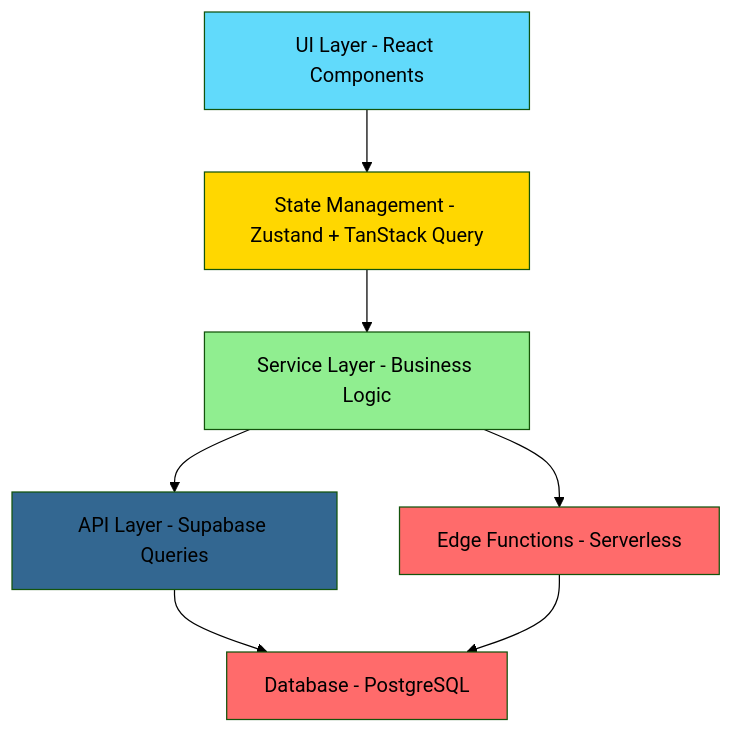
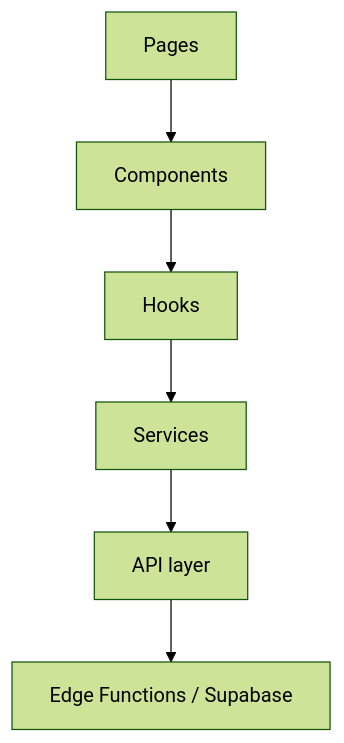
The second of 4 diagrams in ARCHITECTURE_HUB.md (HOW2AI-AGENCY/aimusicverse), drawn with Mermaid (forest theme) before and after one commit. The commit also changed other lines of this file and 8 other files, not shown here.

````diff
--- a/ARCHITECTURE_HUB.md
+++ b/ARCHITECTURE_HUB.md
@@ -157,23 +67,8 @@
 ```mermaid
-graph TB
-    UI[UI Layer - React Components]
-    State[State Management - Zustand + TanStack Query]
-    Services[Service Layer - Business Logic]
-    API[API Layer - Supabase Queries]
-    DB[Database - PostgreSQL]
-    Functions[Edge Functions - Serverless]
-    
-    UI --> State
-    State --> Services
-    Services --> API
-    API --> DB
-    Services --> Functions
-    Functions --> DB
-    
-    style UI fill:#61DAFB
-    style State fill:#FFD700
-    style Services fill:#90EE90
-    style API fill:#336791
-    style DB fill:#FF6B6B
-    style Functions fill:#FF6B6B
+flowchart TD
+    P[Pages] --> C[Components]
+    C --> H[Hooks]
+    H --> Sv[Services]
+    Sv --> API[API layer]
+    API --> Edge[Edge Functions / Supabase]
 ```
````
